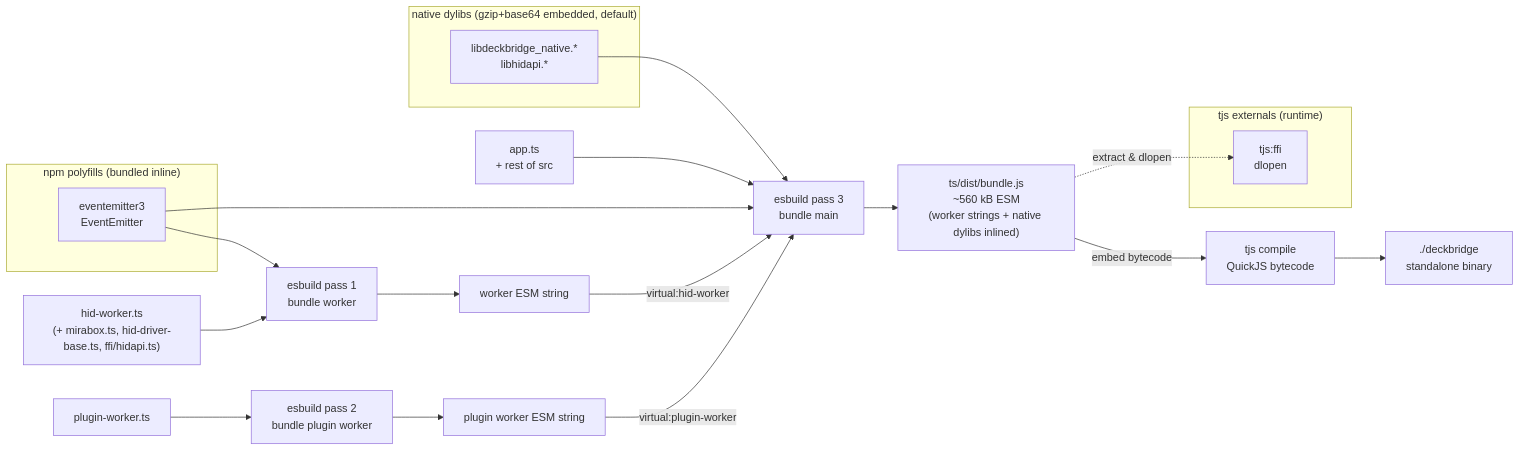
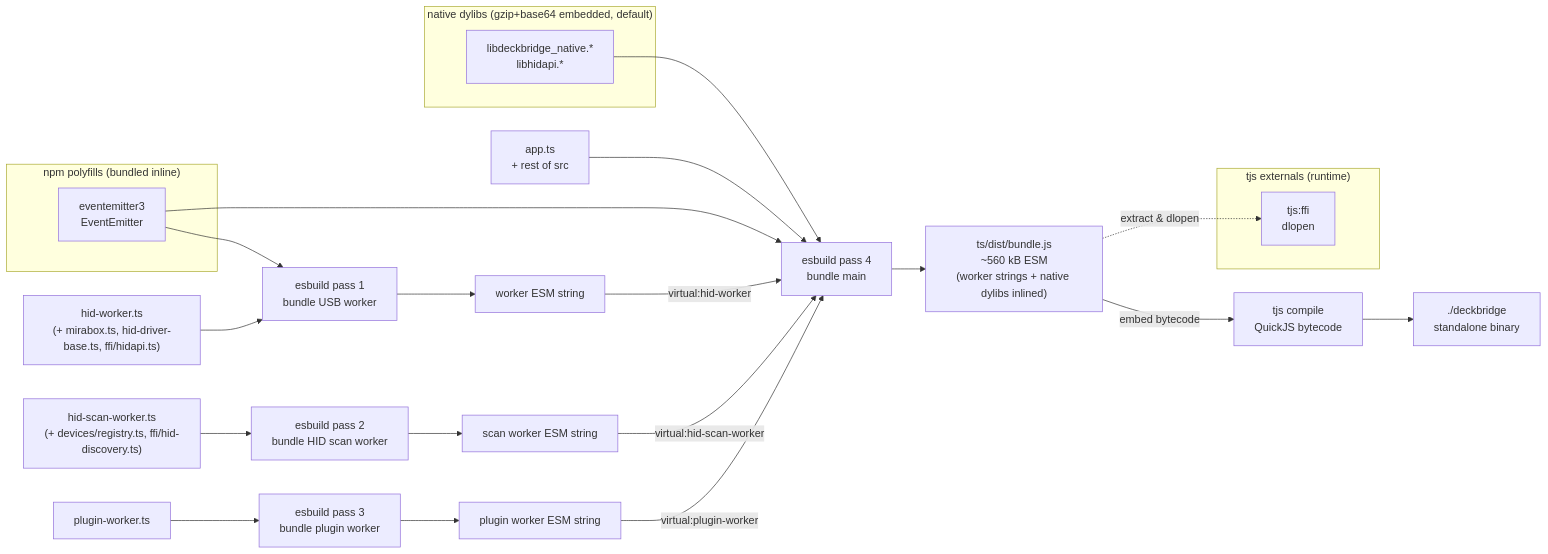
One commit to lukasMega/DeckBridge changed the second of 4 diagrams in docs/ARCHITECTURE.md. Above: the diagram before and after it, drawn with Mermaid. The commit also changed other lines of this file and 161 other files, not shown here.

````diff
--- a/docs/ARCHITECTURE.md
+++ b/docs/ARCHITECTURE.md
@@ -508,38 +545,43 @@
 ```mermaid
 
 flowchart LR
     WTS["hid-worker.ts<br/>(+ mirabox.ts, hid-driver-base.ts, ffi/hidapi.ts)"]
+    SWTS["hid-scan-worker.ts<br/>(+ devices/registry.ts, ffi/hid-discovery.ts)"]
     PWTS["plugin-worker.ts"]
     TS["app.ts<br/>+ rest of src"]
-    EB1["esbuild pass 1<br/>bundle worker"]
-    EBP["esbuild pass 2<br/>bundle plugin worker"]
+    EB1["esbuild pass 1<br/>bundle USB worker"]
+    EBS["esbuild pass 2<br/>bundle HID scan worker"]
+    EBP["esbuild pass 3<br/>bundle plugin worker"]
     WSTR["worker ESM string"]
+    SWSTR["scan worker ESM string"]
     PWSTR["plugin worker ESM string"]
-    EB2["esbuild pass 3<br/>bundle main"]
+    EB2["esbuild pass 4<br/>bundle main"]
     BUNDLE["ts/dist/bundle.js<br/>~560 kB ESM<br/>(worker strings + native dylibs inlined)"]
     TJSC["tjs compile<br/>QuickJS bytecode"]
     BIN["./deckbridge<br/>standalone binary"]
 
     WTS --> EB1 --> WSTR
+    SWTS --> EBS --> SWSTR
     PWTS --> EBP --> PWSTR
     WSTR -->|"virtual:hid-worker"| EB2
+    SWSTR -->|"virtual:hid-scan-worker"| EB2
     PWSTR -->|"virtual:plugin-worker"| EB2
     TS --> EB2 --> BUNDLE
     BUNDLE -->|"embed bytecode"| TJSC --> BIN
 
     subgraph "native dylibs (gzip+base64 embedded, default)"
         IMG_DL["libdeckbridge_native.*<br/>libhidapi.*"]
     end
     IMG_DL --> EB2
 
     subgraph "npm polyfills (bundled inline)"
         EE["eventemitter3<br/>EventEmitter"]
     end
     EE --> EB1
     EE --> EB2
 
     subgraph "tjs externals (runtime)"
         FFI["tjs:ffi<br/>dlopen"]
     end
     BUNDLE -.->|"extract & dlopen"| FFI
 ```
````
